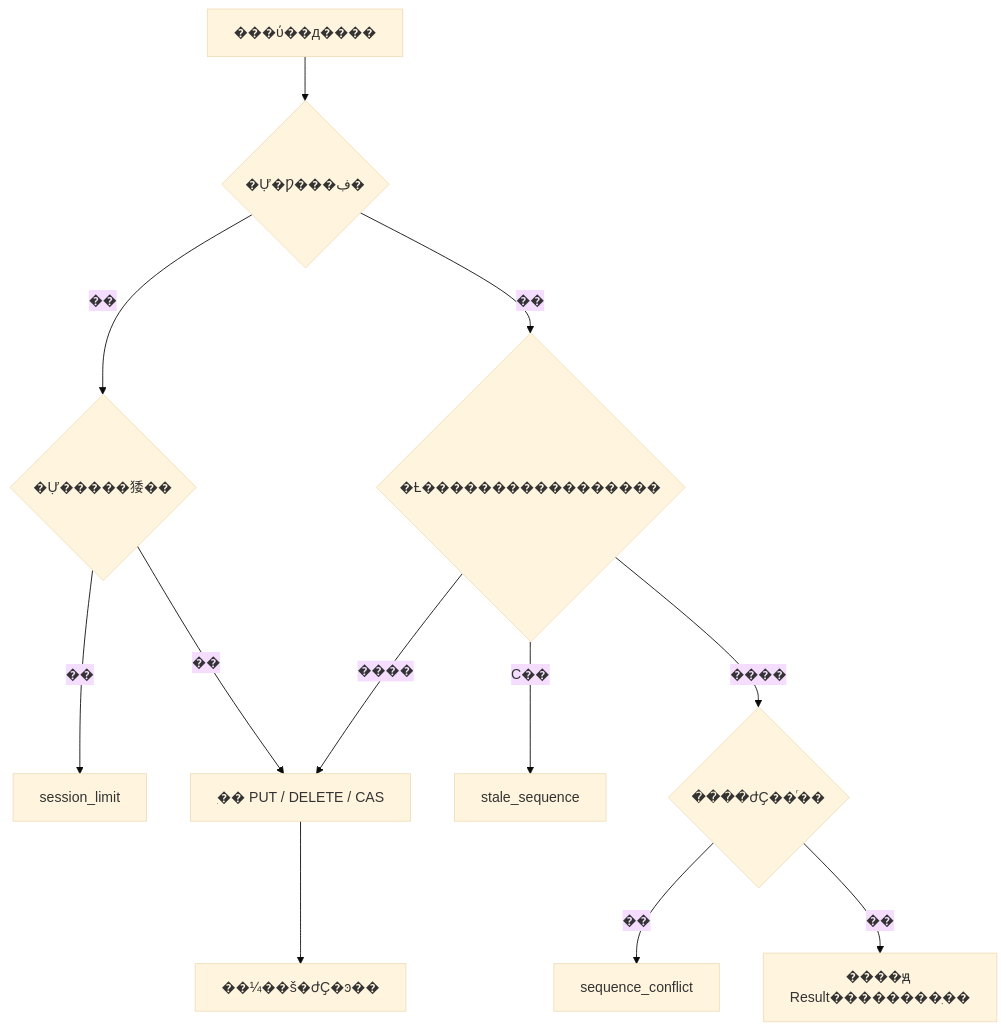
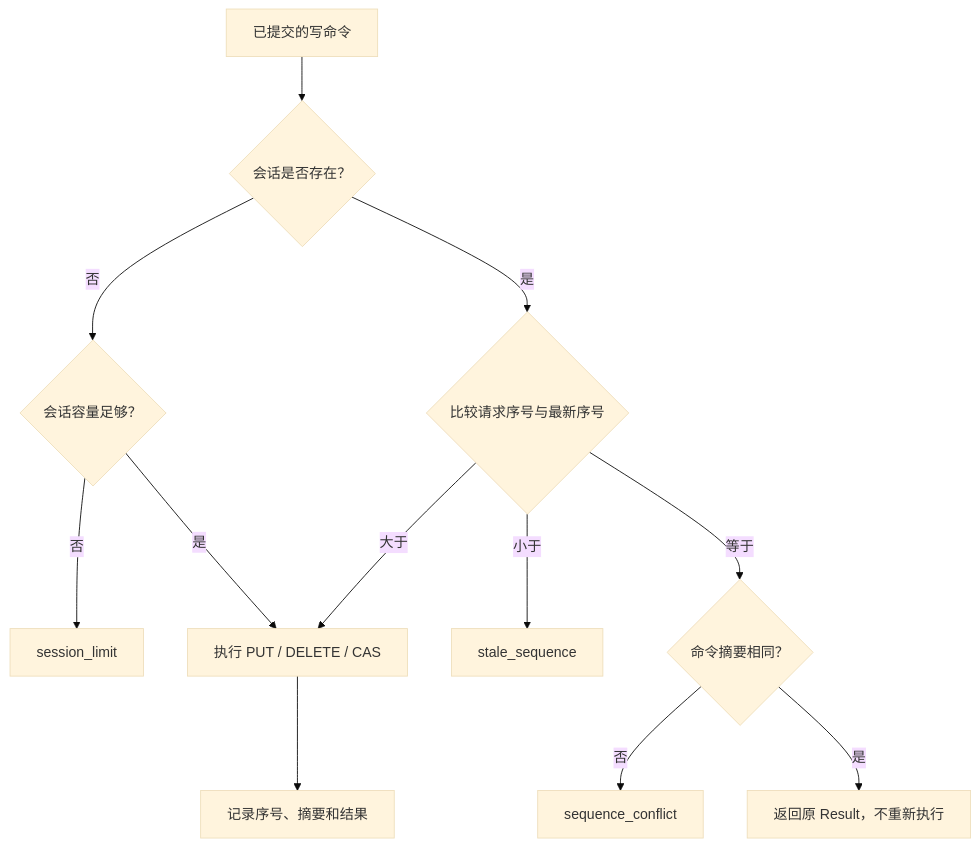
The eighth of 10 diagrams in README.md (KNAIOS/RaftGo), drawn with Mermaid (base theme) before and after one commit. The commit also changed other lines of this file, not shown here.

Commit message:
Document current Gin gRPC architecture, setup and final verification results

````diff
--- a/README.md
+++ b/README.md
@@ -259,14 +257,14 @@
 ```mermaid
 flowchart TD
-    Request["���ύ��д����"] --> Known{"�Ự�Ƿ���ڣ�"}
-    Known -->|��| Capacity{"�Ự�����㹻��"}
-    Capacity -->|��| Limit["session_limit"]
-    Capacity -->|��| Execute["ִ�� PUT / DELETE / CAS"]
-    Known -->|��| Seq{"�Ƚ�����������������"}
-    Seq -->|С��| Stale["stale_sequence"]
-    Seq -->|����| Hash{"����ժҪ��ͬ��"}
-    Hash -->|��| Conflict["sequence_conflict"]
-    Hash -->|��| Cached["����ԭ Result��������ִ��"]
-    Seq -->|����| Execute
-    Execute --> Save["��¼��š�ժҪ�ͽ��"]
+    Request["已提交的写命令"] --> Known{"会话是否存在？"}
+    Known -->|否| Capacity{"会话容量足够？"}
+    Capacity -->|否| Limit["session_limit"]
+    Capacity -->|是| Execute["执行 PUT / DELETE / CAS"]
+    Known -->|是| Seq{"比较请求序号与最新序号"}
+    Seq -->|小于| Stale["stale_sequence"]
+    Seq -->|等于| Hash{"命令摘要相同？"}
+    Hash -->|否| Conflict["sequence_conflict"]
+    Hash -->|是| Cached["返回原 Result，不重新执行"]
+    Seq -->|大于| Execute
+    Execute --> Save["记录序号、摘要和结果"]
 ```
````
